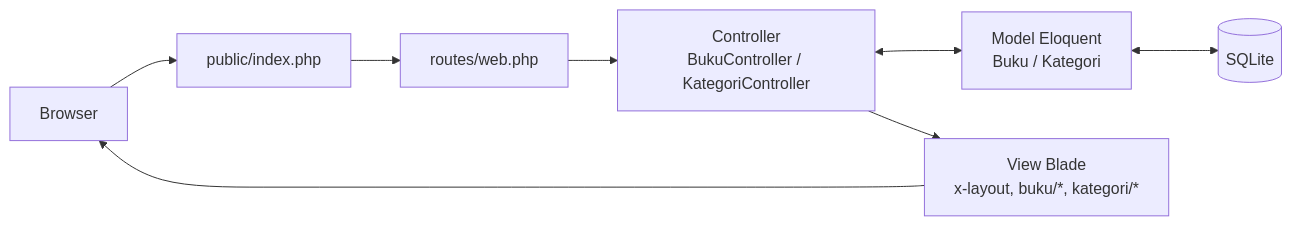
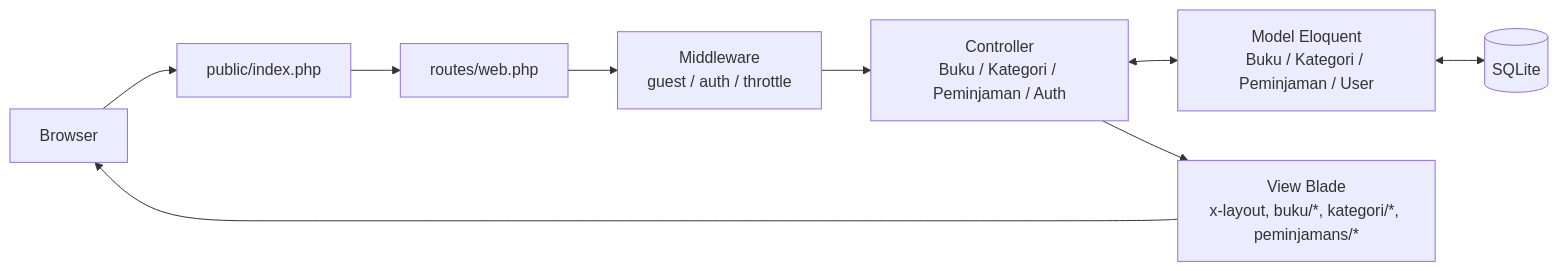
One commit to GeraldaGultom/ppw-2026-week5-12S24051 changed the first of 2 diagrams in README.md. Above: the diagram before and after it, drawn with Mermaid. The commit also changed other lines of this file, not shown here.

Commit message:
docs(readme): add ACID evidence, query builder stats, session audit, and ERD

````diff
--- a/README.md
+++ b/README.md
@@ -39,10 +57,11 @@
 ```mermaid
 flowchart LR
     B[Browser] --> I[public/index.php]
     I --> R[routes/web.php]
-    R --> C[Controller<br/>BukuController / KategoriController]
-    C <--> M[Model Eloquent<br/>Buku / Kategori]
+    R --> M1[Middleware<br/>guest / auth / throttle]
+    M1 --> C[Controller<br/>Buku / Kategori / Peminjaman / Auth]
+    C <--> M[Model Eloquent<br/>Buku / Kategori / Peminjaman / User]
     M <--> D[(SQLite)]
-    C --> V[View Blade<br/>x-layout, buku/*, kategori/*]
+    C --> V[View Blade<br/>x-layout, buku/*, kategori/*, peminjamans/*]
     V --> B
 ```
````
